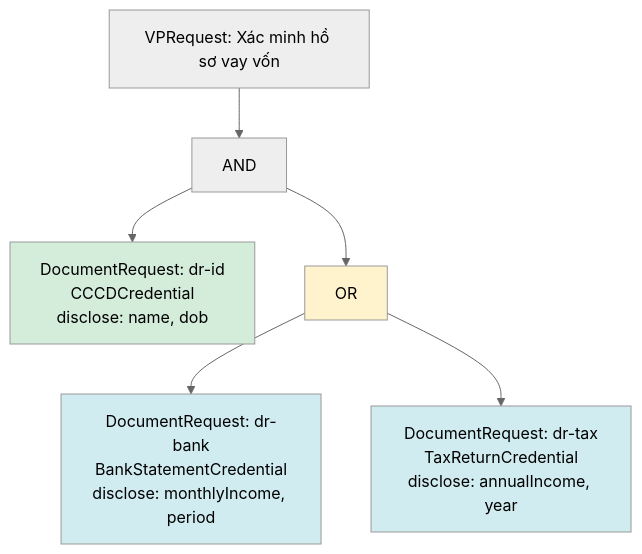
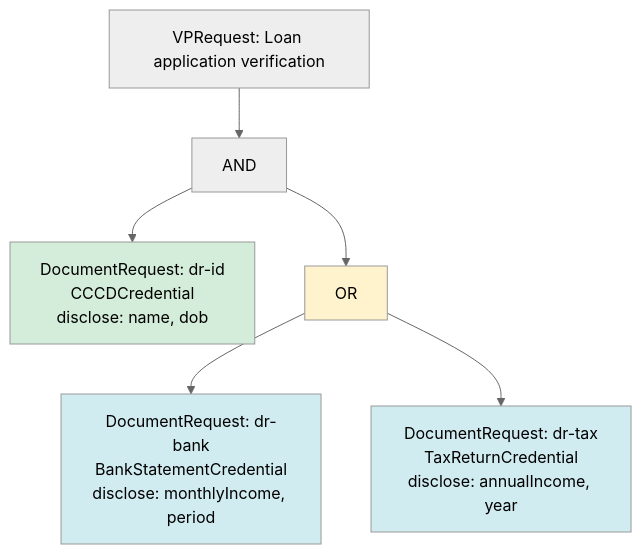
The second of 2 diagrams in packages/presentation-exchange/docs/cccd-use-case.md (OneMatrixL1/did-vc-sdk), drawn with Mermaid (neutral theme) before and after one commit. The commit also changed other lines of this file, not shown here.

````diff
--- a/packages/presentation-exchange/docs/cccd-use-case.md
+++ b/packages/presentation-exchange/docs/cccd-use-case.md
@@ -414,16 +410,16 @@
 ```mermaid
 graph TD
-    Root["VPRequest: Xác minh hồ sơ vay vốn"]
+    Root["VPRequest: Loan application verification"]
     Root --> AND["AND"]
 
     AND --> DR1["DocumentRequest: dr-id<br/>CCCDCredential<br/>disclose: name, dob"]
     AND --> OR["OR"]
 
     OR --> DR2["DocumentRequest: dr-bank<br/>BankStatementCredential<br/>disclose: monthlyIncome, period"]
     OR --> DR3["DocumentRequest: dr-tax<br/>TaxReturnCredential<br/>disclose: annualIncome, year"]
 
     style DR1 fill:#d4edda
     style OR fill:#fff3cd
     style DR2 fill:#d1ecf1
     style DR3 fill:#d1ecf1
 ```
````
